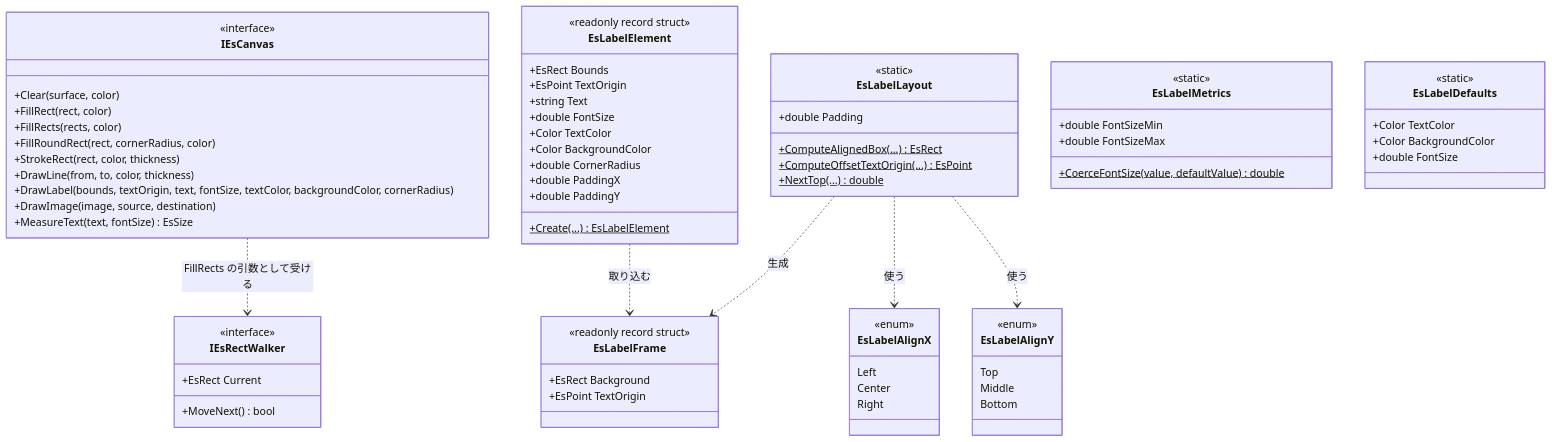
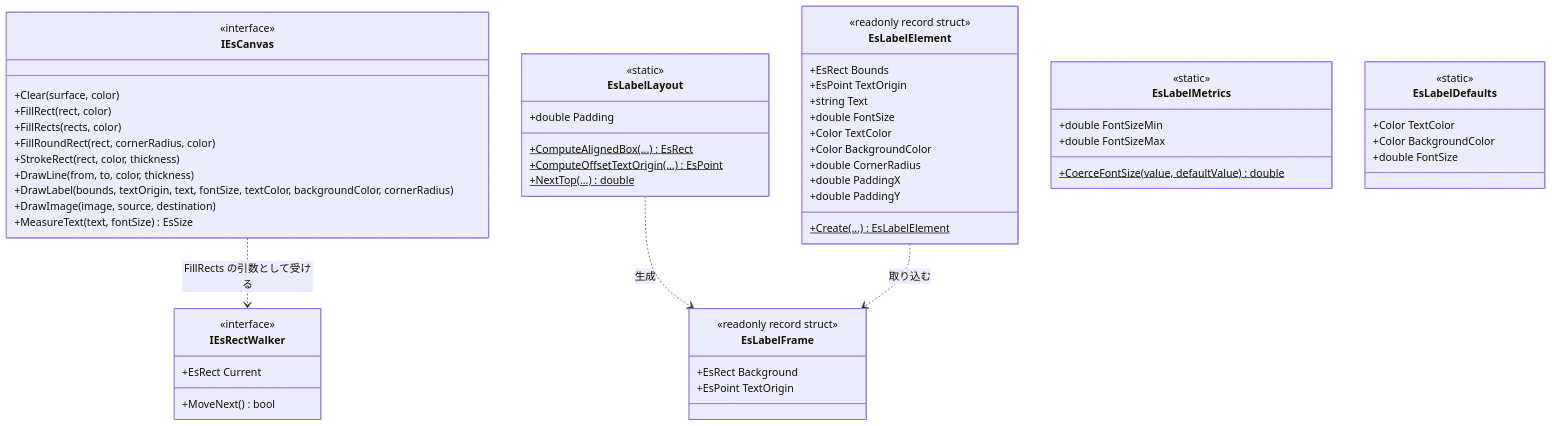
One commit to tomokuni/SaveEvidence changed the second of 3 diagrams in src/Common/SPEC_System.md. Above: the diagram before and after it, drawn with Mermaid. The commit also changed other lines of this file and 22 other files, not shown here.

````diff
--- a/src/Common/SPEC_System.md
+++ b/src/Common/SPEC_System.md
@@ -62,75 +61,61 @@
 ```mermaid
 classDiagram
   class IEsCanvas {
     <<interface>>
     +Clear(surface, color)
     +FillRect(rect, color)
     +FillRects(rects, color)
     +FillRoundRect(rect, cornerRadius, color)
     +StrokeRect(rect, color, thickness)
     +DrawLine(from, to, color, thickness)
     +DrawLabel(bounds, textOrigin, text, fontSize, textColor, backgroundColor, cornerRadius)
     +DrawImage(image, source, destination)
     +MeasureText(text, fontSize) EsSize
   }
   class IEsRectWalker {
     <<interface>>
     +MoveNext() bool
     +EsRect Current
   }
   class EsLabelFrame {
     <<readonly record struct>>
     +EsRect Background
     +EsPoint TextOrigin
   }
   class EsLabelElement {
     <<readonly record struct>>
     +EsRect Bounds
     +EsPoint TextOrigin
     +string Text
     +double FontSize
     +Color TextColor
     +Color BackgroundColor
     +double CornerRadius
     +double PaddingX
     +double PaddingY
     +Create(...)$ EsLabelElement
   }
   class EsLabelLayout {
     <<static>>
     +double Padding
     +ComputeAlignedBox(...)$ EsRect
     +ComputeOffsetTextOrigin(...)$ EsPoint
     +NextTop(...)$ double
   }
-  class EsLabelAlignX {
-    <<enum>>
-    Left
-    Center
-    Right
-  }
-  class EsLabelAlignY {
-    <<enum>>
-    Top
-    Middle
-    Bottom
-  }
   class EsLabelMetrics {
     <<static>>
     +double FontSizeMin
     +double FontSizeMax
     +CoerceFontSize(value, defaultValue)$ double
   }
   class EsLabelDefaults {
     <<static>>
     +Color TextColor
     +Color BackgroundColor
     +double FontSize
   }
 
   IEsCanvas ..> IEsRectWalker : FillRects の引数として受ける
   EsLabelLayout ..> EsLabelFrame : 生成
-  EsLabelLayout ..> EsLabelAlignX : 使う
-  EsLabelLayout ..> EsLabelAlignY : 使う
   EsLabelElement ..> EsLabelFrame : 取り込む
 ```
````
